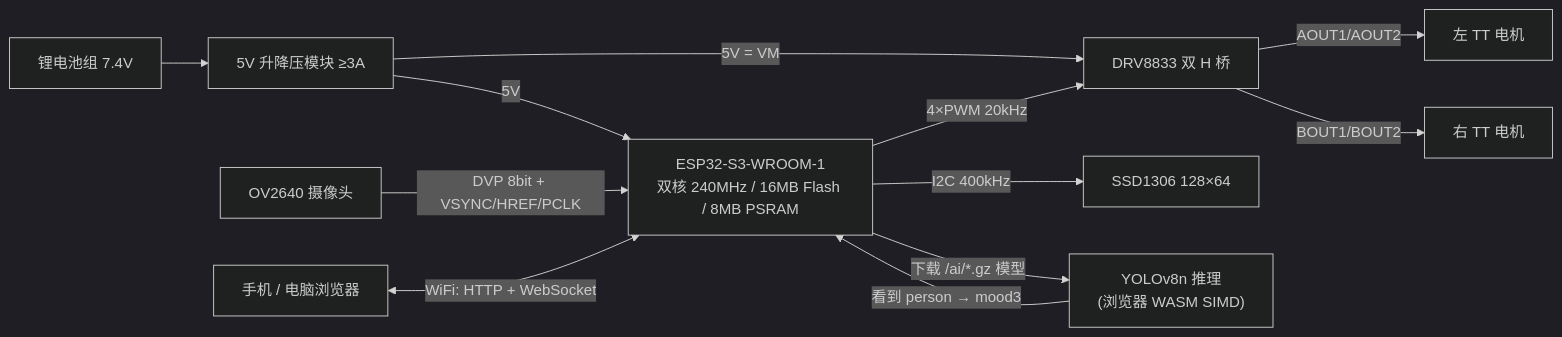
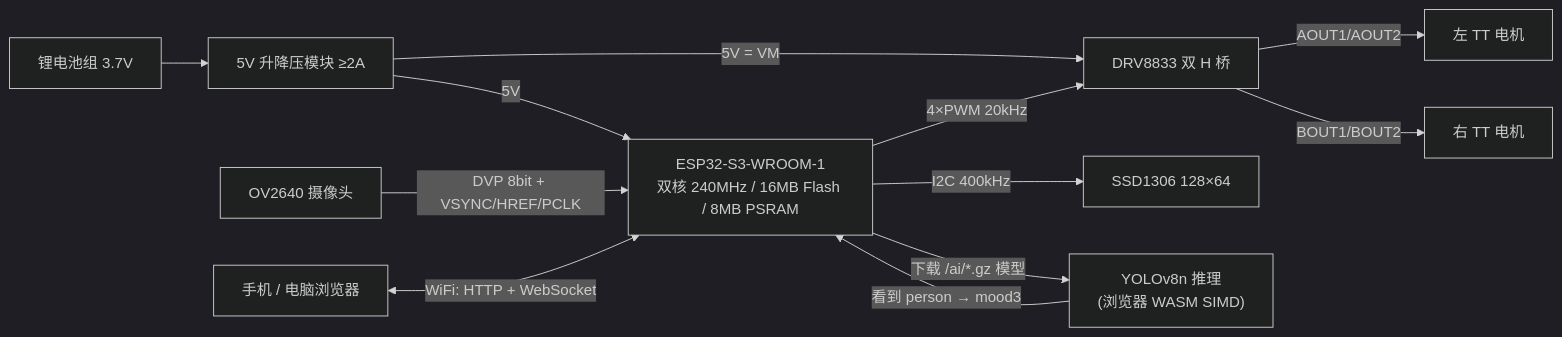
One commit to Perhaps888/Perhaps888-MOCHAN_Robot changed the first of 4 diagrams in README.md. Above: the diagram before and after it, drawn with Mermaid (dark theme). The commit also changed other lines of this file, not shown here.

````diff
--- a/README.md
+++ b/README.md
@@ -197,14 +197,14 @@
 ```mermaid
 flowchart LR
-    BAT["锂电池组 7.4V"] --> PWR["5V 升降压模块 ≥3A"]
+    BAT["锂电池组 3.7V"] --> PWR["5V 升降压模块 ≥2A"]
     PWR -->|"5V"| ESP["ESP32-S3-WROOM-1<br/>双核 240MHz / 16MB Flash / 8MB PSRAM"]
     PWR -->|"5V = VM"| DRV["DRV8833 双 H 桥"]
     ESP -->|"4×PWM 20kHz"| DRV
     DRV -->|"AOUT1/AOUT2"| ML["左 TT 电机"]
     DRV -->|"BOUT1/BOUT2"| MR["右 TT 电机"]
     CAM["OV2640 摄像头"] -->|"DVP 8bit + VSYNC/HREF/PCLK"| ESP
     ESP -->|"I2C 400kHz"| OLED["SSD1306 128×64"]
     PHONE["手机 / 电脑浏览器"] <-->|"WiFi: HTTP + WebSocket"| ESP
     ESP -->|"下载 /ai/*.gz 模型"| AI["YOLOv8n 推理<br/>(浏览器 WASM SIMD)"]
     AI -->|"看到 person → mood3"| ESP
 ```
````
